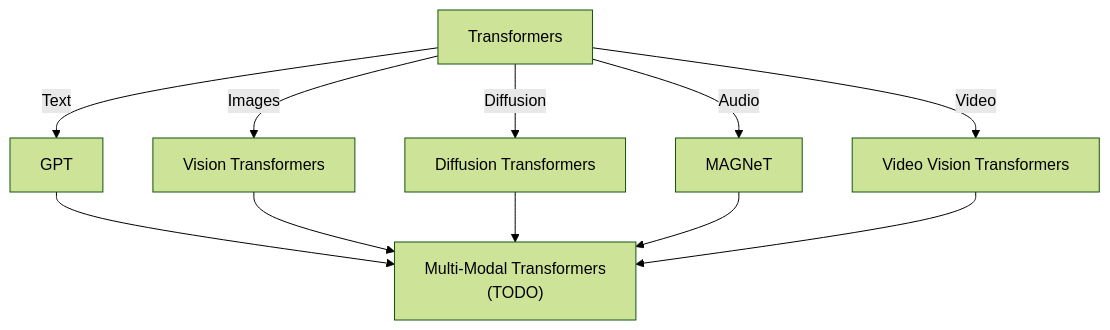
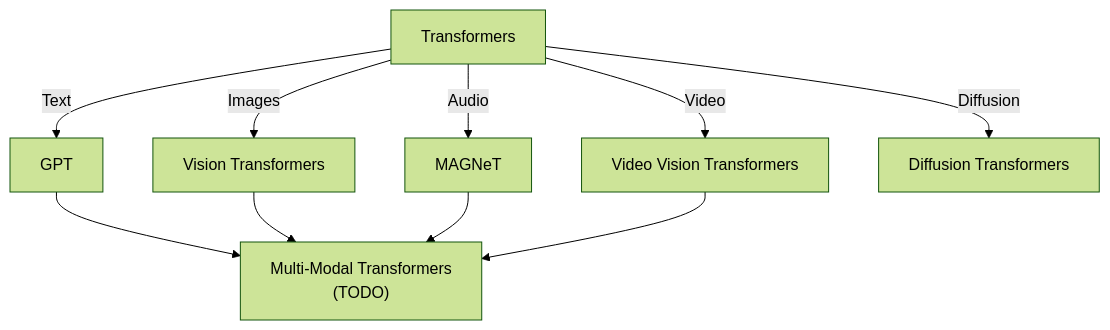
The diagram in README.md (VachanVY/VachanVY), drawn with Mermaid (forest theme) before and after one commit.

````diff
--- a/README.md
+++ b/README.md
@@ -25,15 +25,14 @@
 ```mermaid
 graph TD;
     Transformers -->|Text| GPT;
     Transformers -->|Images| Vision_Transformers["Vision Transformers"];
-    Transformers -->|Diffusion| Diffusion_Transformers["Diffusion Transformers"];
     Transformers -->|Audio| MAGNeT["MAGNeT"];
     Transformers --> |Video| Video_Vision_Transformers["Video Vision Transformers"];
+    Transformers -->|Diffusion| Diffusion_Transformers["Diffusion Transformers"];
 
     GPT --> Multi_Modal_Transformers["Multi-Modal Transformers\n(TODO)"];
     Vision_Transformers --> Multi_Modal_Transformers;
-    Diffusion_Transformers --> Multi_Modal_Transformers;
     MAGNeT --> Multi_Modal_Transformers;
     Video_Vision_Transformers --> Multi_Modal_Transformers
 
 ```
````
